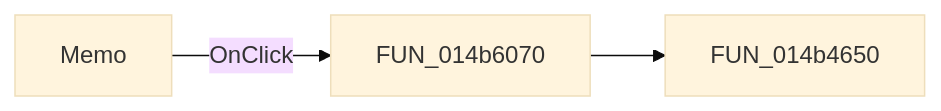
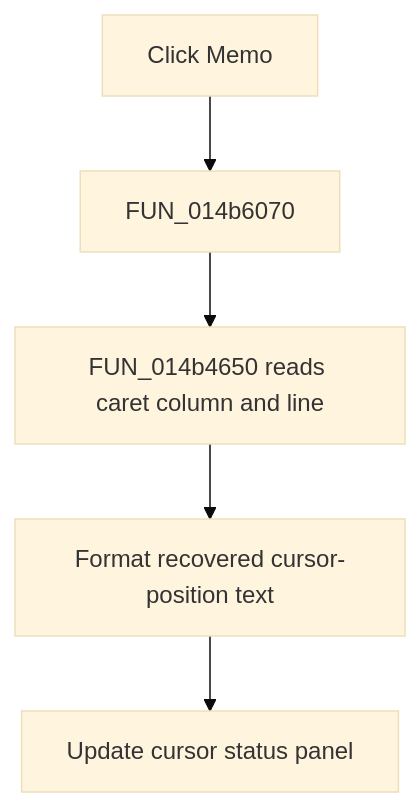
The diagram in docs/ui-controls/netlistviewer/memo-6acae27679.md (MovGP0/TIARA), drawn with Mermaid (base theme) before and after one commit. The commit also changed other lines of this file and 1062 other files, not shown here.

````diff
--- a/docs/ui-controls/netlistviewer/memo-6acae27679.md
+++ b/docs/ui-controls/netlistviewer/memo-6acae27679.md
@@ -27,5 +27,7 @@
 ```mermaid
-flowchart LR
-    control["Memo"] -->|OnClick| handler["FUN_014b6070"]
-    handler --> call1["FUN_014b4650"]
+flowchart TD
+    control["Click Memo"] --> handler["FUN_014b6070"]
+    handler --> position["FUN_014b4650 reads caret column and line"]
+    position --> format["Format recovered cursor-position text"]
+    format --> panel["Update cursor status panel"]
 ```
````
